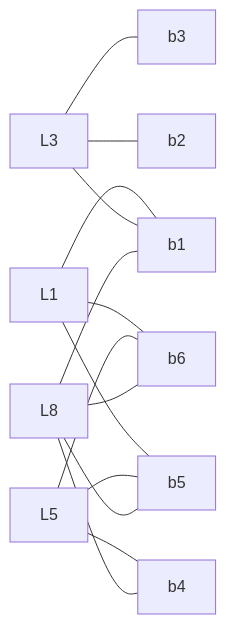
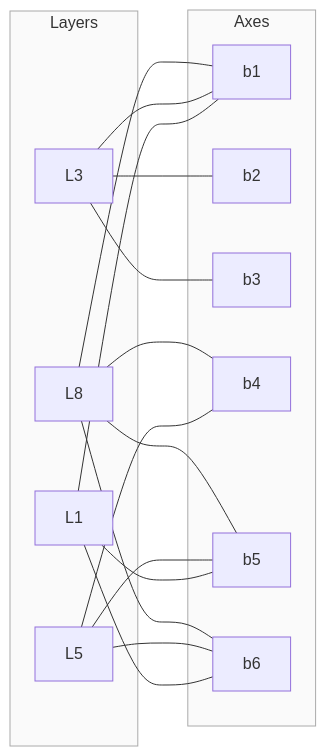
The fifth of 8 diagrams in whitepaper/Whitepaper‑Figures.mmd (sciganec/subit-atlas), drawn with Mermaid before and after one commit. The commit also changed other lines of this file, not shown here.

````diff
--- a/whitepaper/Whitepaper‑Figures.mmd
+++ b/whitepaper/Whitepaper‑Figures.mmd
@@ -83,19 +128,39 @@
 ```mermaid
 graph LR
-    L1["L1"] --- B1["b1"]
-    L1 --- B5["b5"]
-    L1 --- B6["b6"]
 
-    L3["L3"] --- B1
-    L3 --- B2["b2"]
-    L3 --- B3["b3"]
+    subgraph Layers
+        L1["L1"]
+        L3["L3"]
+        L5["L5"]
+        L8["L8"]
+    end
 
-    L5["L5"] --- B4["b4"]
+    subgraph Axes
+        B1["b1"]
+        B2["b2"]
+        B3["b3"]
+        B4["b4"]
+        B5["b5"]
+        B6["b6"]
+    end
+
+    L1 --- B1
+    L1 --- B5
+    L1 --- B6
+
+    L3 --- B1
+    L3 --- B2
+    L3 --- B3
+
+    L5 --- B4
     L5 --- B5
     L5 --- B6
 
-    L8["L8"] --- B1
+    L8 --- B1
     L8 --- B4
     L8 --- B5
     L8 --- B6
+
+    style Layers fill:#fafafa,stroke:#aaa
+    style Axes fill:#fafafa,stroke:#aaa
 ```
````
